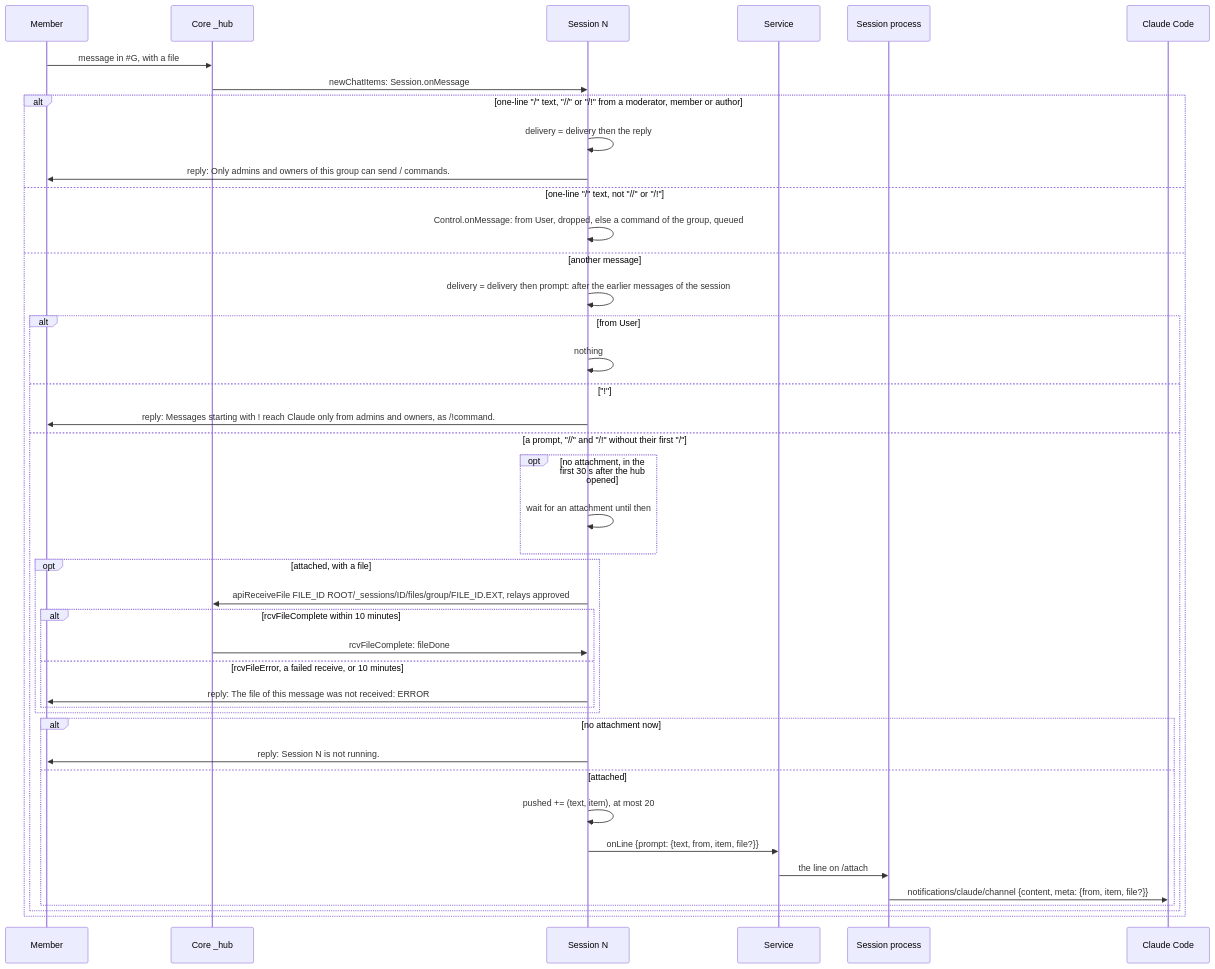
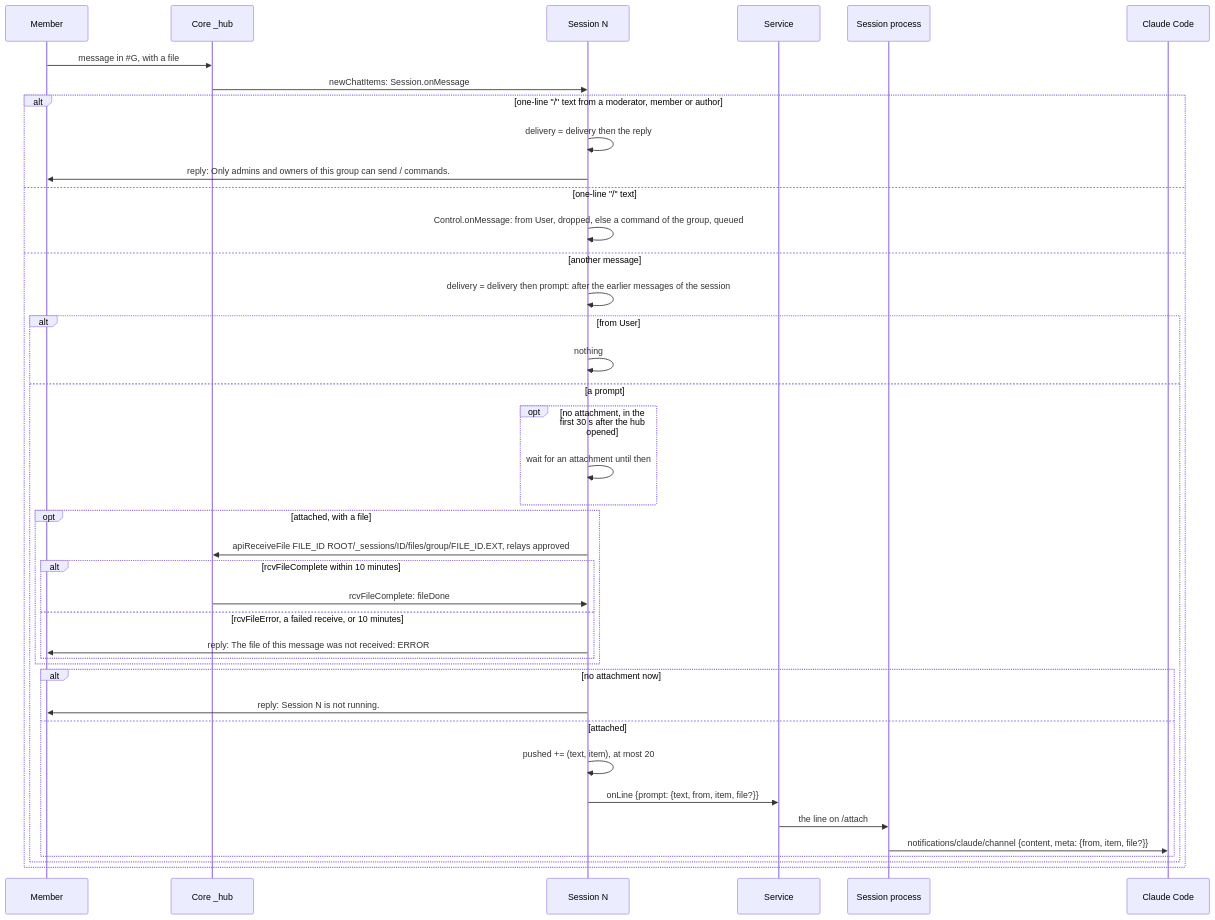
One commit to simplex-chat/simplex-chat changed diagram 20 of 30 in packages/simplex-chat-mcp/spec/flows.md. Above: the diagram before and after it, drawn with Mermaid. The commit also changed other lines of this file and 3 other files, not shown here.

````diff
--- a/packages/simplex-chat-mcp/spec/flows.md
+++ b/packages/simplex-chat-mcp/spec/flows.md
@@ -894,44 +894,42 @@
 ```mermaid
 sequenceDiagram
   participant O as Member
   participant C as Core _hub
   participant N as Session N
   participant D as Service
   participant S as Session process
   participant CC as Claude Code
   O->>C: message in #35;G, with a file
   C->>N: newChatItems: Session.onMessage
-  alt one-line "/" text, "//" or "/!" from a moderator, member or author
+  alt one-line "/" text from a moderator, member or author
     N->>N: delivery = delivery then the reply
     N->>O: reply: Only admins and owners of this group can send / commands.
-  else one-line "/" text, not "//" or "/!"
+  else one-line "/" text
     N->>N: Control.onMessage: from User, dropped, else a command of the group, queued
   else another message
     N->>N: delivery = delivery then prompt: after the earlier messages of the session
     alt from User
       N->>N: nothing
-    else "!"
-      N->>O: reply: Messages starting with ! reach Claude only from admins and owners, as /!command.
-    else a prompt, "//" and "/!" without their first "/"
+    else a prompt
       opt no attachment, in the first 30 s after the hub opened
         N->>N: wait for an attachment until then
       end
       opt attached, with a file
         N->>C: apiReceiveFile FILE_ID ROOT/_sessions/ID/files/group/FILE_ID.EXT, relays approved
         alt rcvFileComplete within 10 minutes
           C->>N: rcvFileComplete: fileDone
         else rcvFileError, a failed receive, or 10 minutes
           N->>O: reply: The file of this message was not received: ERROR
         end
       end
       alt no attachment now
         N->>O: reply: Session N is not running.
       else attached
         N->>N: pushed += (text, item), at most 20
         N->>D: onLine {prompt: {text, from, item, file?}}
         D->>S: the line on /attach
         S->>CC: notifications/claude/channel {content, meta: {from, item, file?}}
       end
     end
   end
 ```
````
